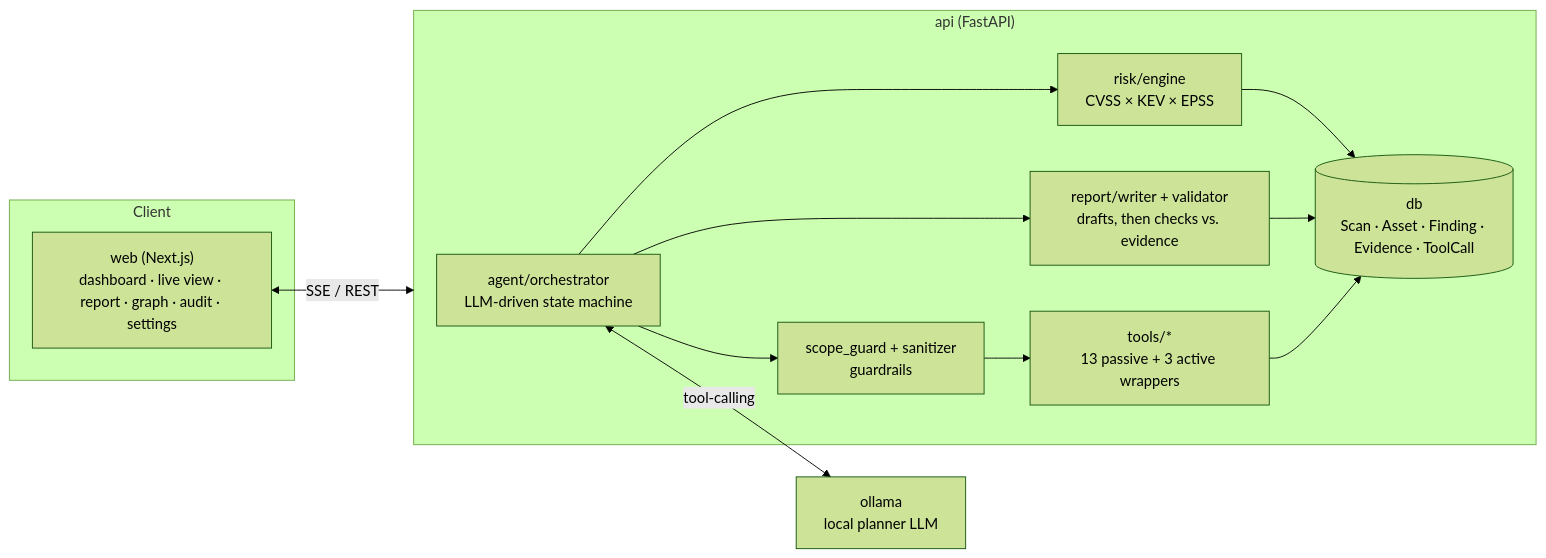
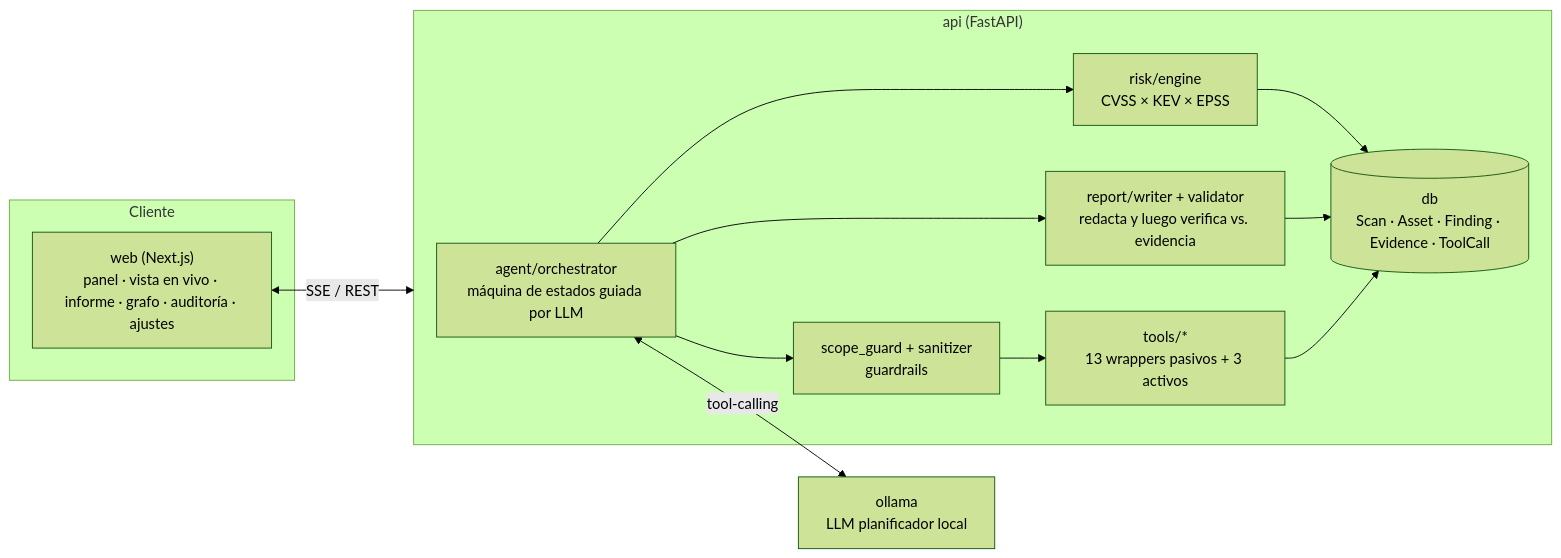
One commit to eduolihez/vigia changed the diagram in README.md. Above: the diagram before and after it, drawn with Mermaid (forest theme). The commit also changed other lines of this file and 2 other files, not shown here.

````diff
--- a/README.md
+++ b/README.md
@@ -93,22 +100,22 @@
 ```mermaid
 flowchart LR
-    subgraph Client
-        web["web (Next.js)\ndashboard · live view · report · graph · audit · settings"]
+    subgraph Cliente
+        web["web (Next.js)\npanel · vista en vivo · informe · grafo · auditoría · ajustes"]
     end
     subgraph Backend["api (FastAPI)"]
-        orch["agent/orchestrator\nLLM-driven state machine"]
+        orch["agent/orchestrator\nmáquina de estados guiada por LLM"]
         guard["scope_guard + sanitizer\nguardrails"]
-        tools["tools/*\n13 passive + 3 active wrappers"]
+        tools["tools/*\n13 wrappers pasivos + 3 activos"]
         risk["risk/engine\nCVSS × KEV × EPSS"]
-        report["report/writer + validator\ndrafts, then checks vs. evidence"]
+        report["report/writer + validator\nredacta y luego verifica vs. evidencia"]
         db[("db\nScan · Asset · Finding · Evidence · ToolCall")]
     end
-    ollama["ollama\nlocal planner LLM"]
+    ollama["ollama\nLLM planificador local"]
 
     web <-- "SSE / REST" --> Backend
     orch --> guard --> tools
     orch --> risk --> db
     orch --> report --> db
     orch <-- "tool-calling" --> ollama
     tools --> db
 ```
````
